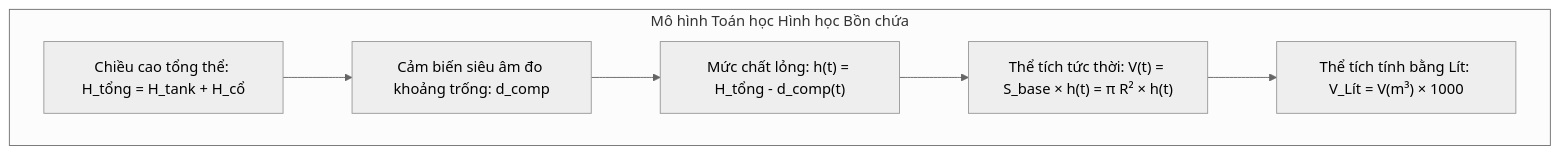
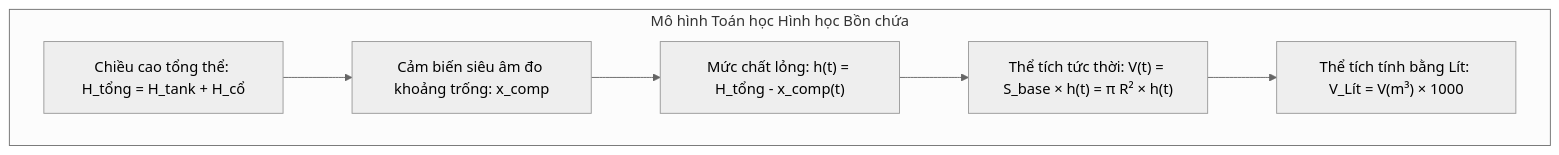
One commit to Sune27/RCWL1601 changed the second of 2 diagrams in markdown agent/Chuong_4_Ung_Dung_Thuc_Te.md. Above: the diagram before and after it, drawn with Mermaid (neutral theme). The commit also changed other lines of this file and 14 other files, not shown here.

````diff
--- a/markdown agent/Chuong_4_Ung_Dung_Thuc_Te.md
+++ b/markdown agent/Chuong_4_Ung_Dung_Thuc_Te.md
@@ -56,9 +56,9 @@
 ```mermaid
 flowchart TD
     subgraph TankModel["Mô hình Toán học Hình học Bồn chứa"]
-        A["Chiều cao tổng thể: H_tổng = H_tank + H_cổ"] --> B["Cảm biến siêu âm đo khoảng trống: d_comp"]
-        B --> C["Mức chất lỏng: h(t) = H_tổng - d_comp(t)"]
+        A["Chiều cao tổng thể: H_tổng = H_tank + H_cổ"] --> B["Cảm biến siêu âm đo khoảng trống: x_comp"]
+        B --> C["Mức chất lỏng: h(t) = H_tổng - x_comp(t)"]
         C --> D["Thể tích tức thời: V(t) = S_base × h(t) = π R² × h(t)"]
         D --> E["Thể tích tính bằng Lít: V_Lít = V(m³) × 1000"]
     end
 ```
````
